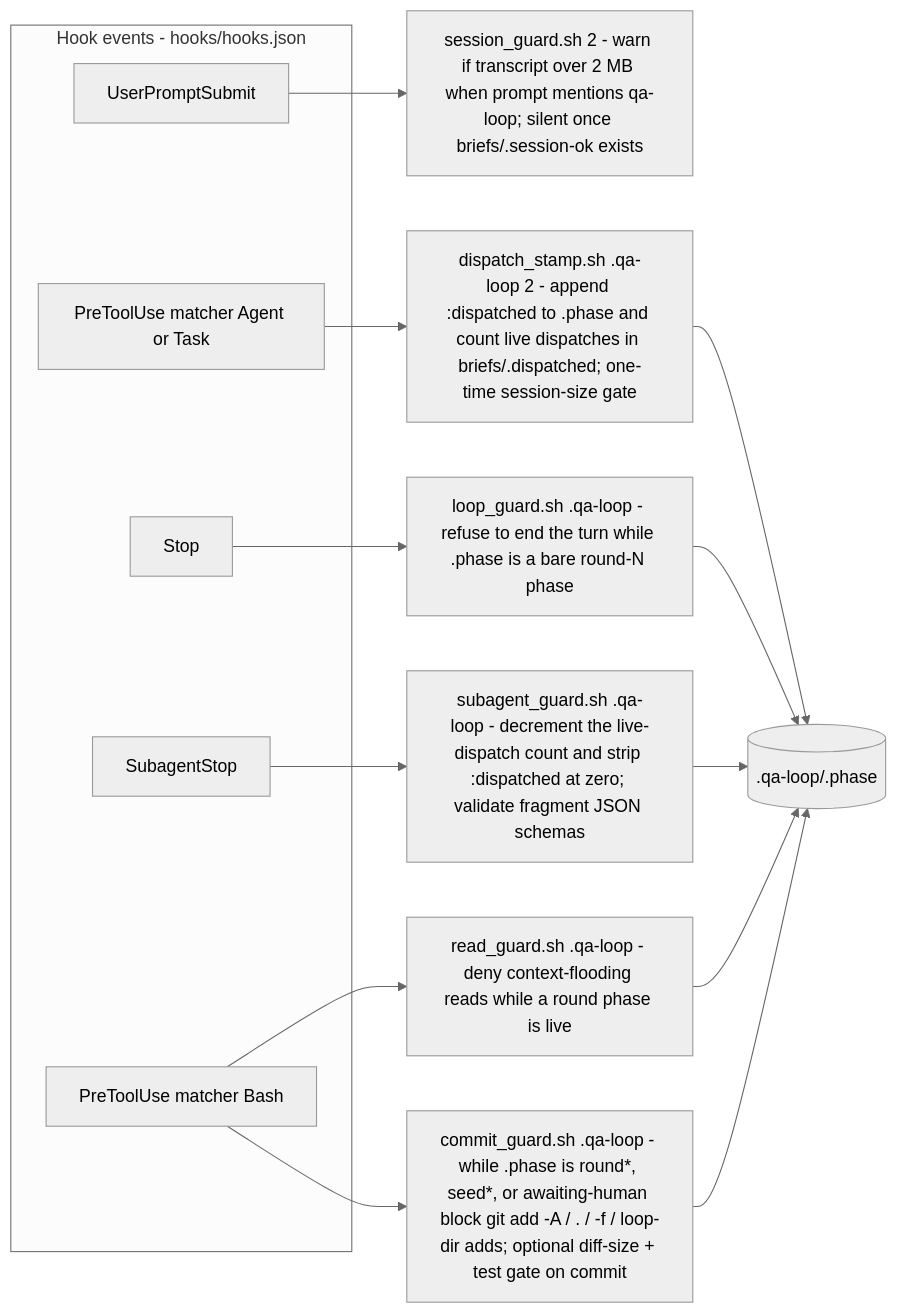
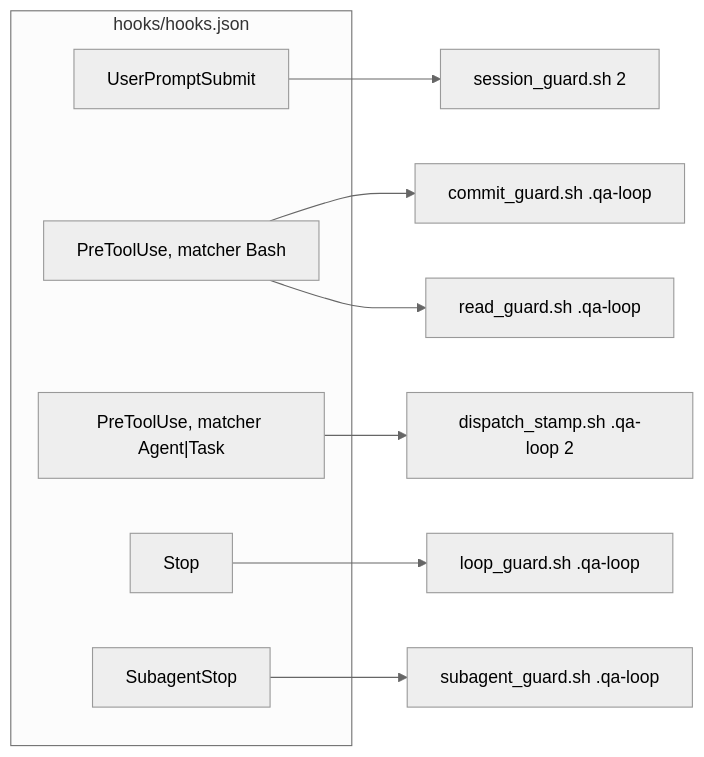
Before and after one commit to peterlit/quiller-claude-plugins: the second of 33 diagrams in docs/architecture/qa-loop-tools.md, drawn with Mermaid (neutral theme). The commit also changed other lines of this file and 5 other files, not shown here.

````diff
--- a/docs/architecture/qa-loop-tools.md
+++ b/docs/architecture/qa-loop-tools.md
@@ -96,22 +112,16 @@
 ```mermaid
 flowchart LR
-    subgraph EVENTS["Hook events - hooks/hooks.json"]
+    subgraph EVENTS["hooks/hooks.json"]
         UPS["UserPromptSubmit"]
-        PTB["PreToolUse matcher Bash"]
-        PTA["PreToolUse matcher Agent or Task"]
+        PTB["PreToolUse, matcher Bash"]
+        PTA["PreToolUse, matcher Agent|Task"]
         STP["Stop"]
         SAS["SubagentStop"]
     end
-    UPS --> SG["session_guard.sh 2 - warn if transcript over 2 MB when prompt mentions qa-loop; silent once briefs/.session-ok exists"]
-    PTB --> CG["commit_guard.sh .qa-loop - while .phase is round*, seed*, or awaiting-human block git add -A / . / -f / loop-dir adds; optional diff-size + test gate on commit"]
-    PTB --> RG["read_guard.sh .qa-loop - deny context-flooding reads while a round phase is live"]
-    PTA --> DS["dispatch_stamp.sh .qa-loop 2 - append :dispatched to .phase and count live dispatches in briefs/.dispatched; one-time session-size gate"]
-    STP --> LG["loop_guard.sh .qa-loop - refuse to end the turn while .phase is a bare round-N phase"]
-    SAS --> SB["subagent_guard.sh .qa-loop - decrement the live-dispatch count and strip :dispatched at zero; validate fragment JSON schemas"]
-    PH[(".qa-loop/.phase")]
-    DS --> PH
-    LG --> PH
-    SB --> PH
-    RG --> PH
-    CG --> PH
+    UPS --> SG["session_guard.sh 2"]
+    PTB --> CG["commit_guard.sh .qa-loop"]
+    PTB --> RG["read_guard.sh .qa-loop"]
+    PTA --> DS["dispatch_stamp.sh .qa-loop 2"]
+    STP --> LG["loop_guard.sh .qa-loop"]
+    SAS --> SB["subagent_guard.sh .qa-loop"]
 ```
````
